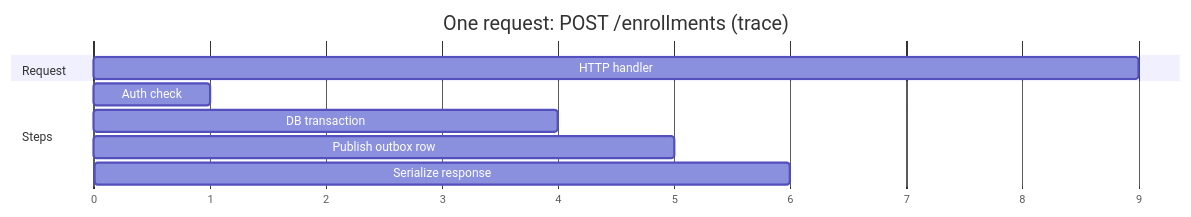
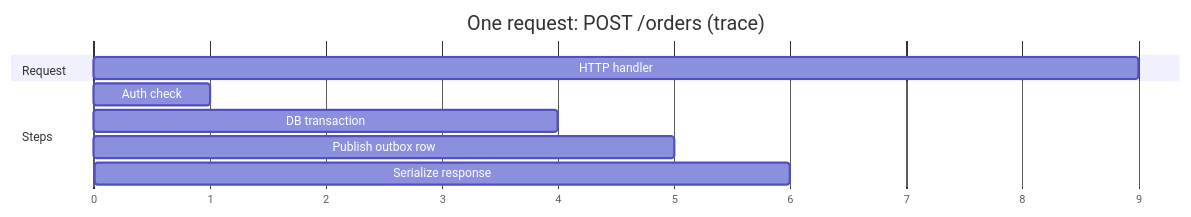
Before and after one commit to Hamza-Afraiz/Python-learning: the fourth of 5 diagrams in src/content/docs/concepts/observability.md, drawn with Mermaid. The commit also changed 5 other files, not shown here.

````diff
--- a/src/content/docs/concepts/observability.md
+++ b/src/content/docs/concepts/observability.md
@@ -71,13 +71,13 @@
 ```mermaid
 gantt
-    title One request: POST /enrollments (trace)
+    title One request: POST /orders (trace)
     dateFormat X
     axisFormat %s
     section Request
     HTTP handler        :a, 0, 9
     section Steps
     Auth check          :0, 1
     DB transaction      :1, 4
     Publish outbox row  :4, 5
     Serialize response  :5, 6
 ```
````
